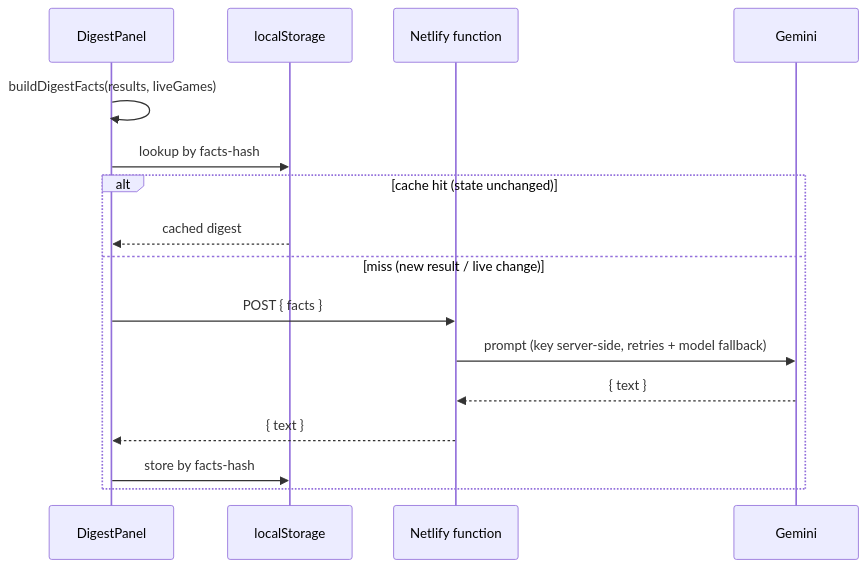
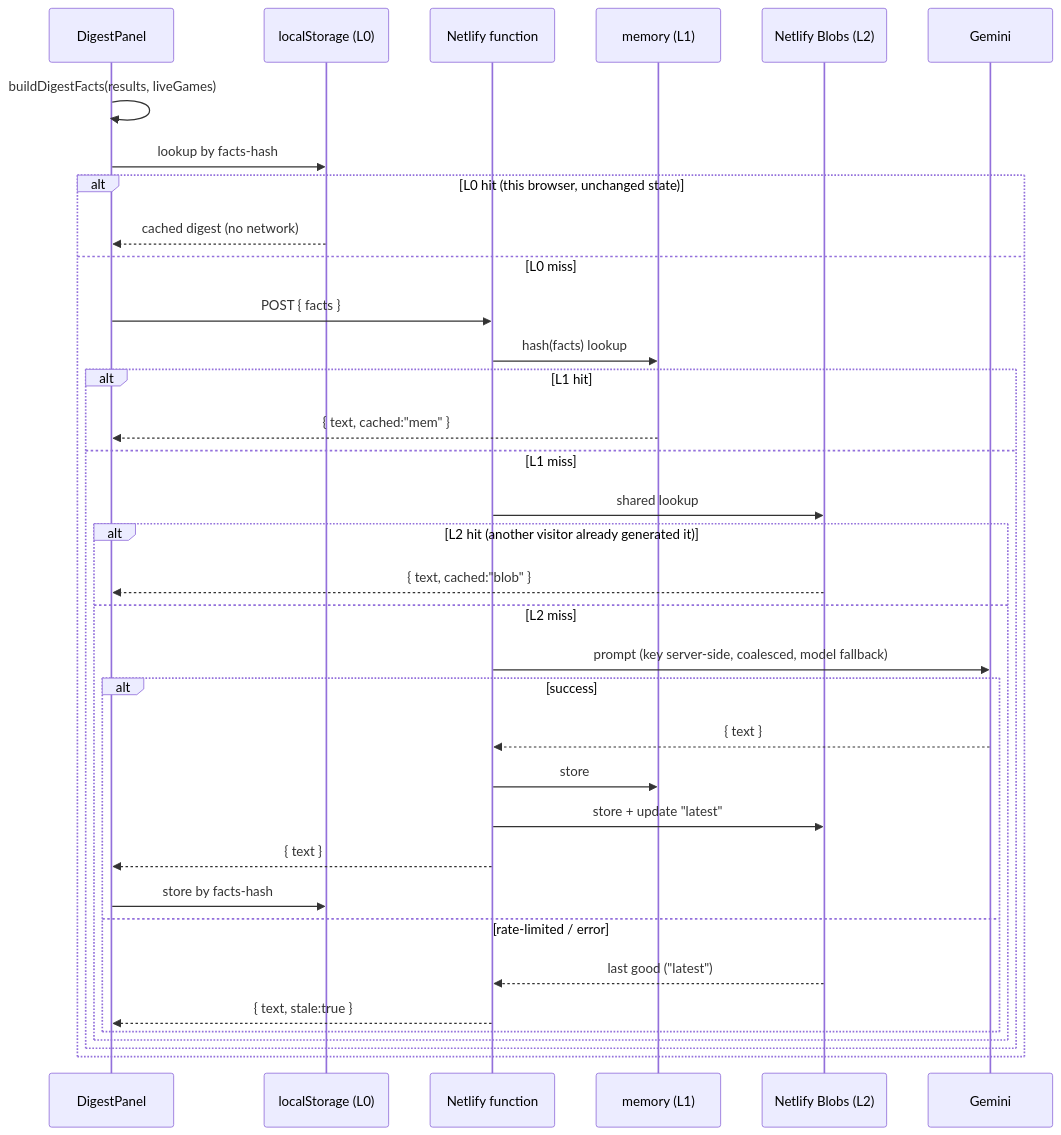
One commit to kaimrdth/WC2026 changed the fourth of 4 diagrams in README.md. Above: the diagram before and after it, drawn with Mermaid. The commit also changed other lines of this file and 4 other files, not shown here.

````diff
--- a/README.md
+++ b/README.md
@@ -174,19 +191,38 @@
 ```mermaid
 sequenceDiagram
     participant UI as DigestPanel
-    participant LS as localStorage
+    participant LS as localStorage (L0)
     participant Fn as Netlify function
+    participant Mem as memory (L1)
+    participant Blob as Netlify Blobs (L2)
     participant G as Gemini
 
     UI->>UI: buildDigestFacts(results, liveGames)
     UI->>LS: lookup by facts-hash
-    alt cache hit (state unchanged)
-        LS-->>UI: cached digest
-    else miss (new result / live change)
+    alt L0 hit (this browser, unchanged state)
+        LS-->>UI: cached digest (no network)
+    else L0 miss
         UI->>Fn: POST { facts }
-        Fn->>G: prompt (key server-side, retries + model fallback)
-        G-->>Fn: { text }
-        Fn-->>UI: { text }
-        UI->>LS: store by facts-hash
+        Fn->>Mem: hash(facts) lookup
+        alt L1 hit
+            Mem-->>UI: { text, cached:"mem" }
+        else L1 miss
+            Fn->>Blob: shared lookup
+            alt L2 hit (another visitor already generated it)
+                Blob-->>UI: { text, cached:"blob" }
+            else L2 miss
+                Fn->>G: prompt (key server-side, coalesced, model fallback)
+                alt success
+                    G-->>Fn: { text }
+                    Fn->>Mem: store
+                    Fn->>Blob: store + update "latest"
+                    Fn-->>UI: { text }
+                    UI->>LS: store by facts-hash
+                else rate-limited / error
+                    Blob-->>Fn: last good ("latest")
+                    Fn-->>UI: { text, stale:true }
+                end
+            end
+        end
     end
 ```
````
